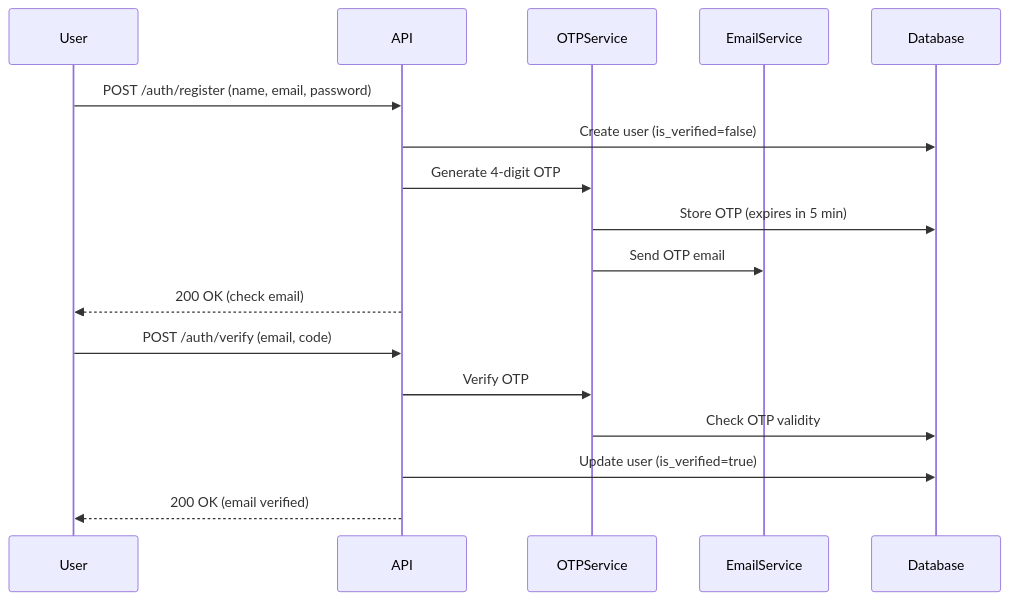
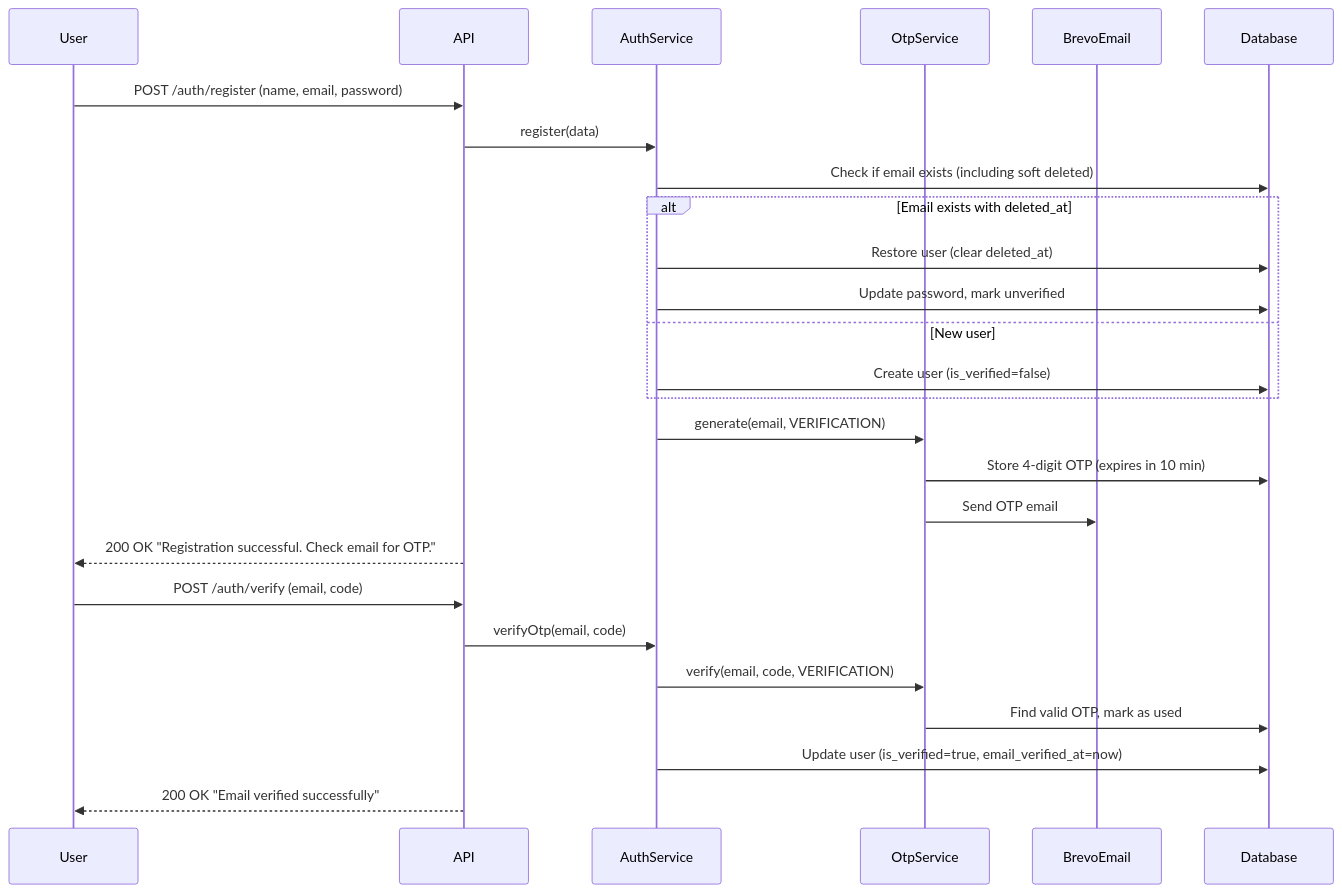
The second of 5 diagrams in README.md (YousefAlTohamy/Safarni), drawn with Mermaid before and after one commit. The commit also changed other lines of this file, not shown here.

````diff
--- a/README.md
+++ b/README.md
@@ -623,21 +775,32 @@
 ```mermaid
 sequenceDiagram
     participant User
     participant API
-    participant OTPService
-    participant EmailService
+    participant AuthService
+    participant OtpService
+    participant BrevoEmail
     participant Database
 
     User->>API: POST /auth/register (name, email, password)
-    API->>Database: Create user (is_verified=false)
-    API->>OTPService: Generate 4-digit OTP
-    OTPService->>Database: Store OTP (expires in 5 min)
-    OTPService->>EmailService: Send OTP email
-    API-->>User: 200 OK (check email)
+    API->>AuthService: register(data)
+    AuthService->>Database: Check if email exists (including soft deleted)
+    
+    alt Email exists with deleted_at
+        AuthService->>Database: Restore user (clear deleted_at)
+        AuthService->>Database: Update password, mark unverified
+    else New user
+        AuthService->>Database: Create user (is_verified=false)
+    end
+    
+    AuthService->>OtpService: generate(email, VERIFICATION)
+    OtpService->>Database: Store 4-digit OTP (expires in 10 min)
+    OtpService->>BrevoEmail: Send OTP email
+    API-->>User: 200 OK "Registration successful. Check email for OTP."
     
     User->>API: POST /auth/verify (email, code)
-    API->>OTPService: Verify OTP
-    OTPService->>Database: Check OTP validity
-    API->>Database: Update user (is_verified=true)
-    API-->>User: 200 OK (email verified)
+    API->>AuthService: verifyOtp(email, code)
+    AuthService->>OtpService: verify(email, code, VERIFICATION)
+    OtpService->>Database: Find valid OTP, mark as used
+    AuthService->>Database: Update user (is_verified=true, email_verified_at=now)
+    API-->>User: 200 OK "Email verified successfully"
 ```
````
